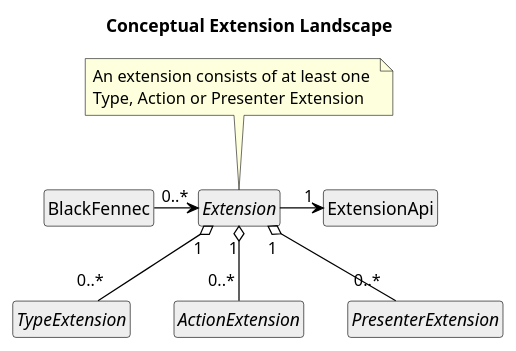
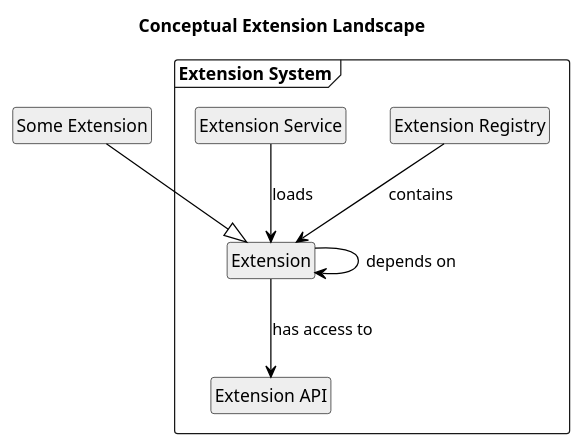
The diagram in docs/source/development/domain/extension_system/index.rst (blackfennec-org/blackfennec), drawn with PlantUML before and after one commit. The commit also changed other lines of this file and 23 other files, not shown here.

Commit message:
update documentation for the extension system

```diff
--- a/docs/source/development/domain/extension_system/index.rst
+++ b/docs/source/development/domain/extension_system/index.rst
@@ -11,43 +10,34 @@
 .. uml::
+    
+    @startuml Extension System
 
-    @startuml
     hide circle
     hide members
     hide methods
 
     title Conceptual Extension Landscape
 
     skinparam class {
         BackgroundColor #EEE
         ArrowColor Black
         BorderColor Black
     }
 
-    class BlackFennec {}
+    package "Extension System" <<Frame>> {
+        class "Extension" as e
+        class "Extension Registry" as er
+        class "Extension API" as ea
+        class "Extension Service" as es
 
-    BlackFennec -> "0..*" Extension
+        e ----> e : depends on
+        e --> ea : has access to
+        es --> e : loads
+        er --> e : contains
 
-    interface Extension {
-        load(extension_api)
-        unload()
     }
 
-    note top of Extension: An extension consists of at least one \nType, Action or Presenter Extension
+    class "Some Extension" as se
 
-    Extension -> "1" ExtensionApi
+    se --|> e
 
-    class ExtensionApi {
-        register_type(bidder, view_factory)
-        register_action(type, action)
-        register_presenter(description, view_factory)
-    }
-
-    abstract class TypeExtension {}
-    Extension "1" o-- "0..*" TypeExtension
-
-    abstract class ActionExtension {}
-    Extension "1" o-- "0..*" ActionExtension
-
-    abstract class PresenterExtension {}
-    Extension "1" o-- "0..*" PresenterExtension
     @enduml
```
